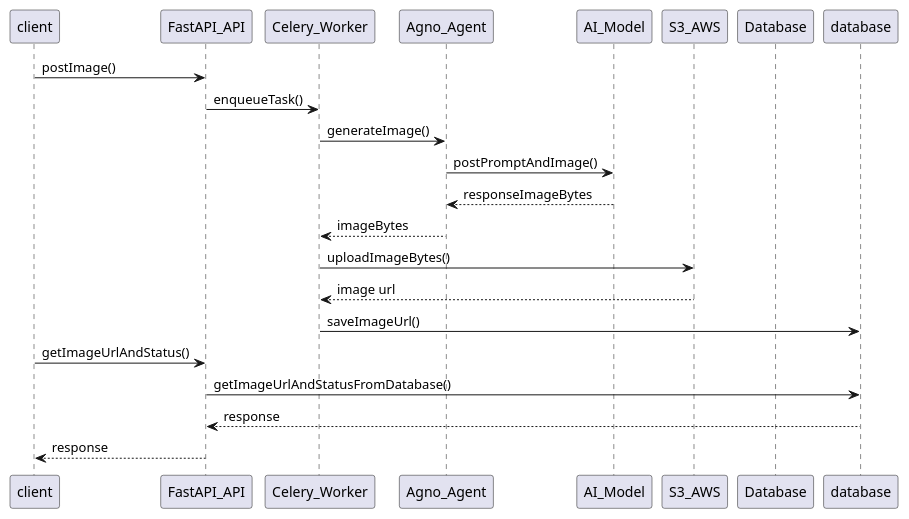
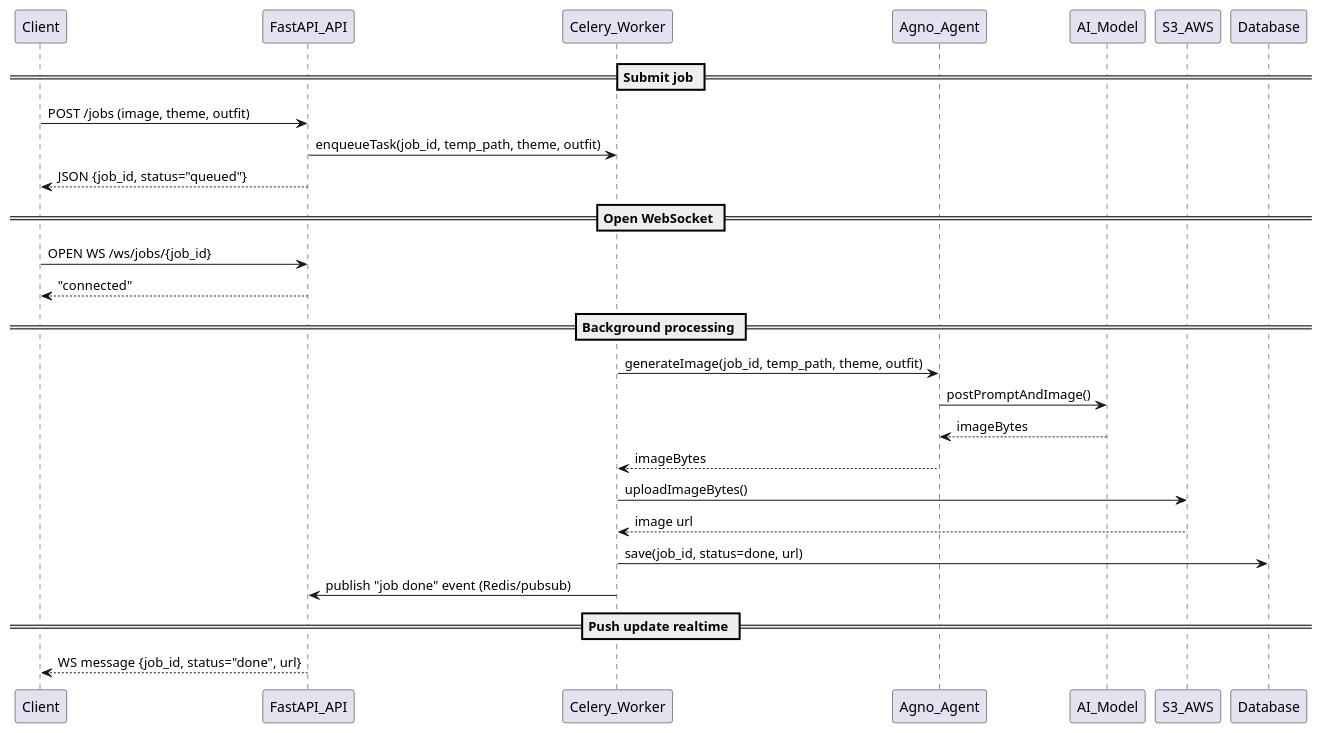
One commit to quangminh8699/my-new-avatar-ai changed the diagram in sequence-diagram.plantuml. Above: the diagram before and after it, drawn with PlantUML.

Commit message:
update sequence-diagram

```diff
--- a/sequence-diagram.plantuml
+++ b/sequence-diagram.plantuml
@@ -1,24 +1,32 @@
 @startuml My New Avatar AI
-participant client 
-participant FastAPI_API as fastApi
-participant Celery_Worker as celery
-participant Agno_Agent as agno
-participant AI_Model as aiModel
-participant S3_AWS as s3
+participant Client 
+participant FastAPI_API as FastAPI
+participant Celery_Worker as Celery
+participant Agno_Agent as Agno
+participant AI_Model as AIModel
+participant S3_AWS as S3
 participant Database
 
-client -> fastApi: postImage()
-fastApi -> celery: enqueueTask()
-celery -> agno: generateImage()
-agno -> aiModel: postPromptAndImage()
-aiModel --> agno: responseImageBytes
-agno --> celery: imageBytes
-celery -> s3: uploadImageBytes()
-s3 --> celery: image url
-celery -> database: saveImageUrl()
+== Submit job ==
+Client -> FastAPI: POST /jobs (image, theme, outfit)
+FastAPI -> Celery: enqueueTask(job_id, temp_path, theme, outfit)
+FastAPI --> Client: JSON {job_id, status="queued"}
 
-client -> fastApi: getImageUrlAndStatus()
-fastApi -> database: getImageUrlAndStatusFromDatabase()
-database --> fastApi: response
-fastApi --> client: response
+== Open WebSocket ==
+Client -> FastAPI: OPEN WS /ws/jobs/{job_id}
+FastAPI --> Client: "connected"
+
+== Background processing ==
+Celery -> Agno: generateImage(job_id, temp_path, theme, outfit)
+Agno -> AIModel: postPromptAndImage()
+AIModel --> Agno: imageBytes
+Agno --> Celery: imageBytes
+Celery -> S3: uploadImageBytes()
+S3 --> Celery: image url
+Celery -> Database: save(job_id, status=done, url)
+Celery -> FastAPI: publish "job done" event (Redis/pubsub)
+
+== Push update realtime ==
+FastAPI --> Client: WS message {job_id, status="done", url}
+
 @enduml
```
